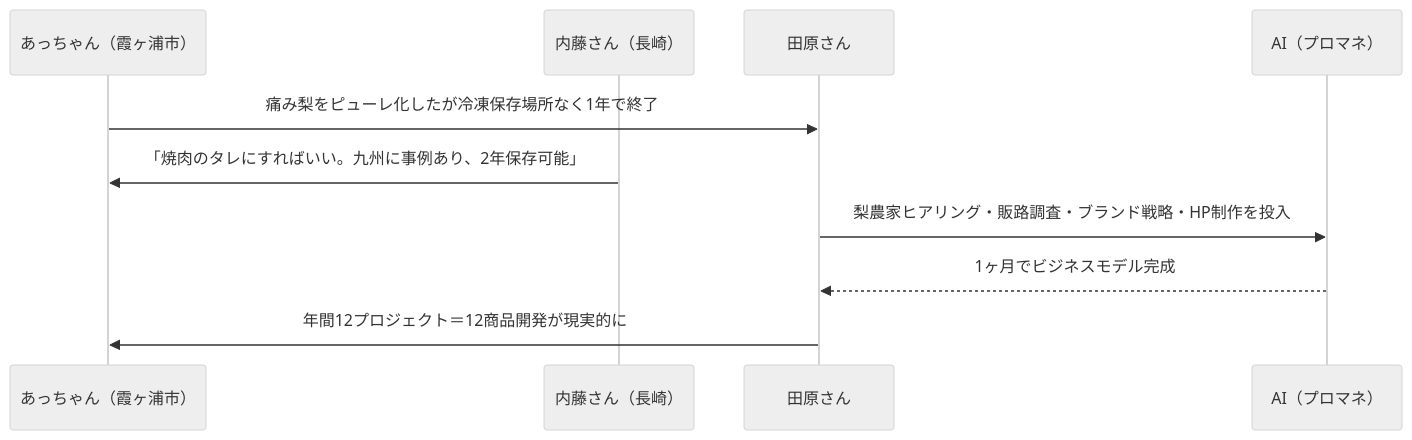
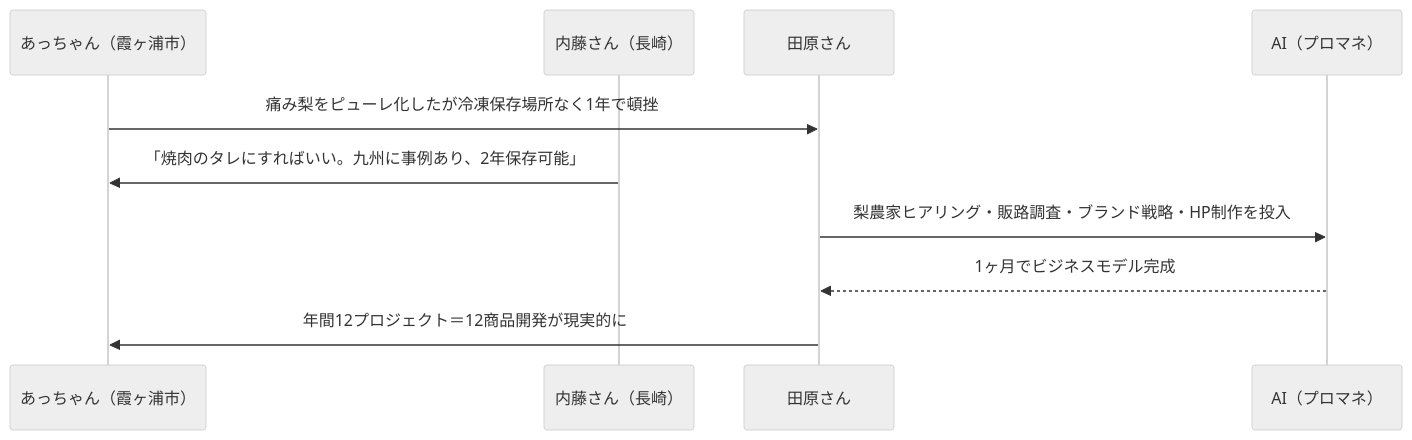
The sixth of 10 diagrams in プラネタリーラーニング運営MTG_20260430.md (VOMOYA/planetary-learning-mtg-reports), drawn with Mermaid (neutral theme) before and after one commit. The commit also changed other lines of this file, not shown here.

````diff
--- a/プラネタリーラーニング運営MTG_20260430.md
+++ b/プラネタリーラーニング運営MTG_20260430.md
@@ -232,13 +218,13 @@
 ```mermaid
 sequenceDiagram
   participant A as あっちゃん（霞ヶ浦市）
   participant N as 内藤さん（長崎）
   participant T as 田原さん
   participant AI as AI（プロマネ）
 
-  A->>T: 痛み梨をピューレ化したが冷凍保存場所なく1年で終了
+  A->>T: 痛み梨をピューレ化したが冷凍保存場所なく1年で頓挫
   N->>A: 「焼肉のタレにすればいい。九州に事例あり、2年保存可能」
   T->>AI: 梨農家ヒアリング・販路調査・ブランド戦略・HP制作を投入
   AI-->>T: 1ヶ月でビジネスモデル完成
   T->>A: 年間12プロジェクト＝12商品開発が現実的に
 ```
````
